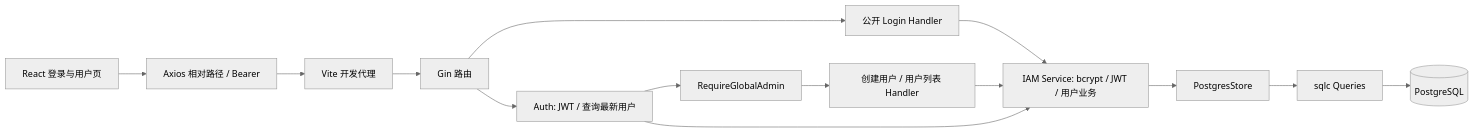
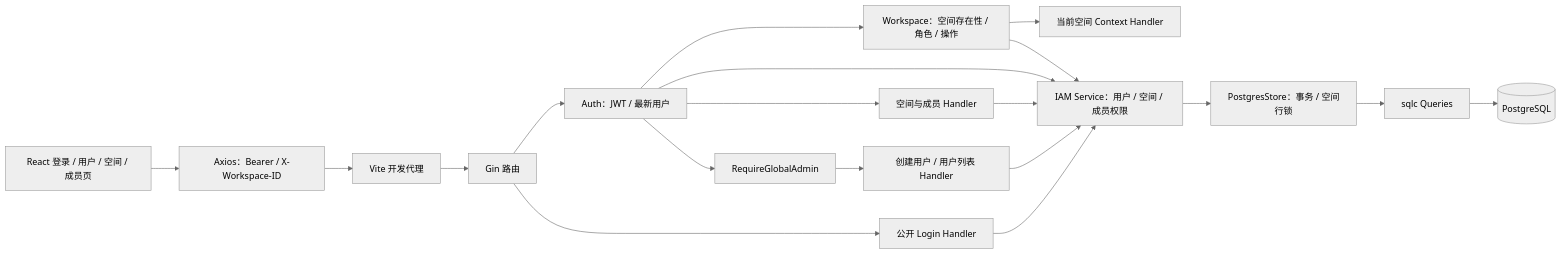
Before and after one commit to yz1qaq/asterflow: the second of 2 diagrams in README.md, drawn with Mermaid (neutral theme). The commit also changed other lines of this file and 41 other files, not shown here.

Commit message:
feat(iam): add workspace and member governance (#12)

````diff
--- a/README.md
+++ b/README.md
@@ -158,16 +158,21 @@
 ```mermaid
 flowchart LR
-    UI[React 登录与用户页] --> Client[Axios 相对路径 / Bearer]
+    UI["React 登录 / 用户 / 空间 / 成员页"] --> Client["Axios：Bearer / X-Workspace-ID"]
     Client --> Proxy[Vite 开发代理]
     Proxy --> Gin[Gin 路由]
     Gin --> Login[公开 Login Handler]
-    Gin --> Auth[Auth: JWT / 查询最新用户]
+    Gin --> Auth["Auth：JWT / 最新用户"]
+    Auth --> SpaceHandler[空间与成员 Handler]
+    Auth --> Workspace["Workspace：空间存在性 / 角色 / 操作"]
+    Workspace --> ContextHandler[当前空间 Context Handler]
     Auth --> Admin[RequireGlobalAdmin]
-    Admin --> Handler[创建用户 / 用户列表 Handler]
-    Login --> Service[IAM Service: bcrypt / JWT / 用户业务]
-    Handler --> Service
+    Admin --> UserHandler[创建用户 / 用户列表 Handler]
+    Login --> Service["IAM Service：用户 / 空间 / 成员权限"]
+    UserHandler --> Service
+    SpaceHandler --> Service
     Auth --> Service
-    Service --> Store[PostgresStore]
+    Workspace --> Service
+    Service --> Store["PostgresStore：事务 / 空间行锁"]
     Store --> Queries[sqlc Queries]
     Queries --> PG[(PostgreSQL)]
 ```
````
